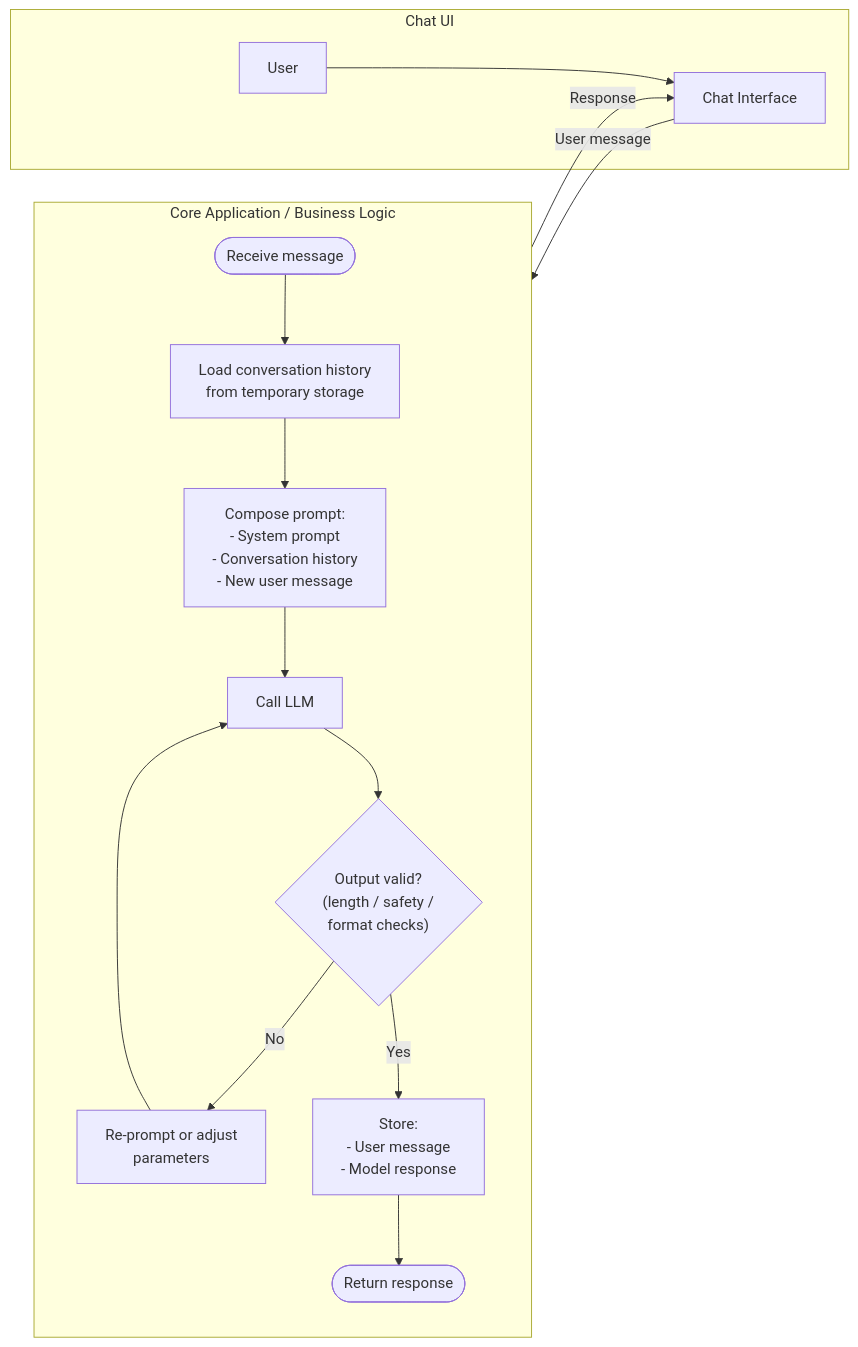
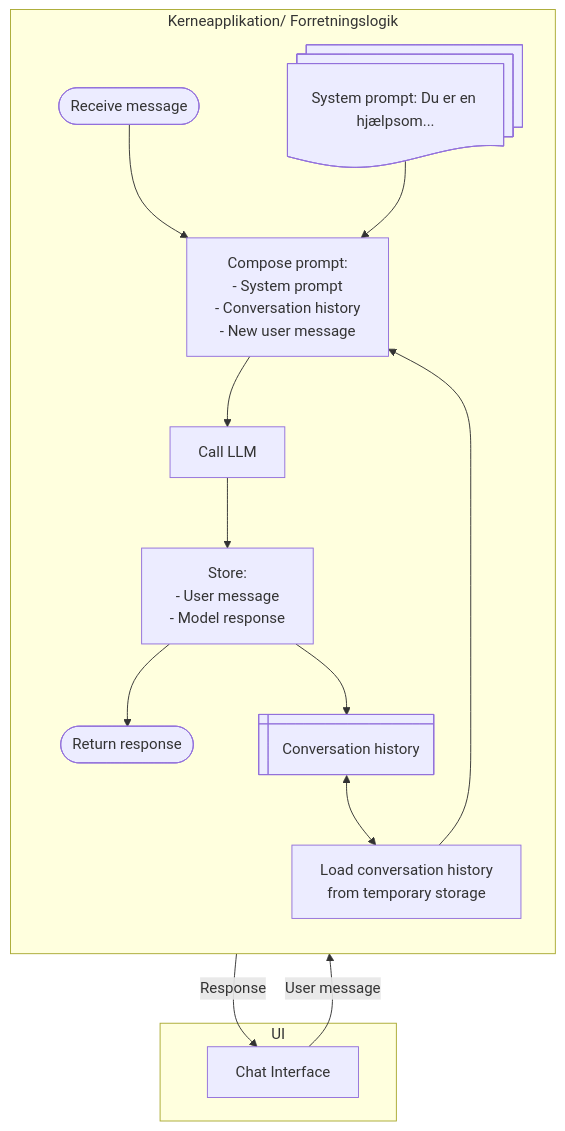
One commit to OS2sandbox/public-genai-governance changed the diagram in docs/minimumskrav/AI_loesningseksempler/simpleste_chat.md. Above: the diagram before and after it, drawn with Mermaid.

Commit message:
Adjust the simple chat example

````diff
--- a/docs/minimumskrav/AI_loesningseksempler/simpleste_chat.md
+++ b/docs/minimumskrav/AI_loesningseksempler/simpleste_chat.md
@@ -6,47 +6,43 @@
 ```mermaid
-flowchart LR
+flowchart TD
 
-    subgraph UI["Chat UI"]
-        user["User"]
+    subgraph UI["UI"]
         chat["Chat Interface"]
-        user --> chat
     end
 
-    chat -->|User message| core
+    chat -->|User message| start
 
-    subgraph core["Core Application / Business Logic"]
+    subgraph core["Kerneapplikation/ Forretningslogik"]
 
         direction TB
 
         start([Receive message])
 
+        storage@{ shape: win-pane, label: "Conversation history" }
+        
         ctx["Load conversation history
              from temporary storage"]
+             
+        prompt@{ shape: docs, label: "System prompt: Du er en hjælpsom..." }     
 
         compose["Compose prompt:
                 - System prompt
                 - Conversation history
                 - New user message"]
 
         callModel["Call LLM"]
 
-        validate{"Output valid?
-                  (length / safety /
-                   format checks)"}
-
-        retry["Re-prompt or adjust
-               parameters"]
-
         store["Store:
                - User message
                - Model response"]
 
         respond([Return response])
 
-        start --> ctx --> compose --> callModel --> validate
-        validate -- No --> retry --> callModel
-        validate -- Yes --> store --> respond
+        start --> compose --> callModel --> store --> respond
+        storage <--> ctx --> compose
+        prompt --> compose
+        store --> storage
     end
 
-    core -->|Response| chat
+    respond -->|Response| chat
 ```
````
